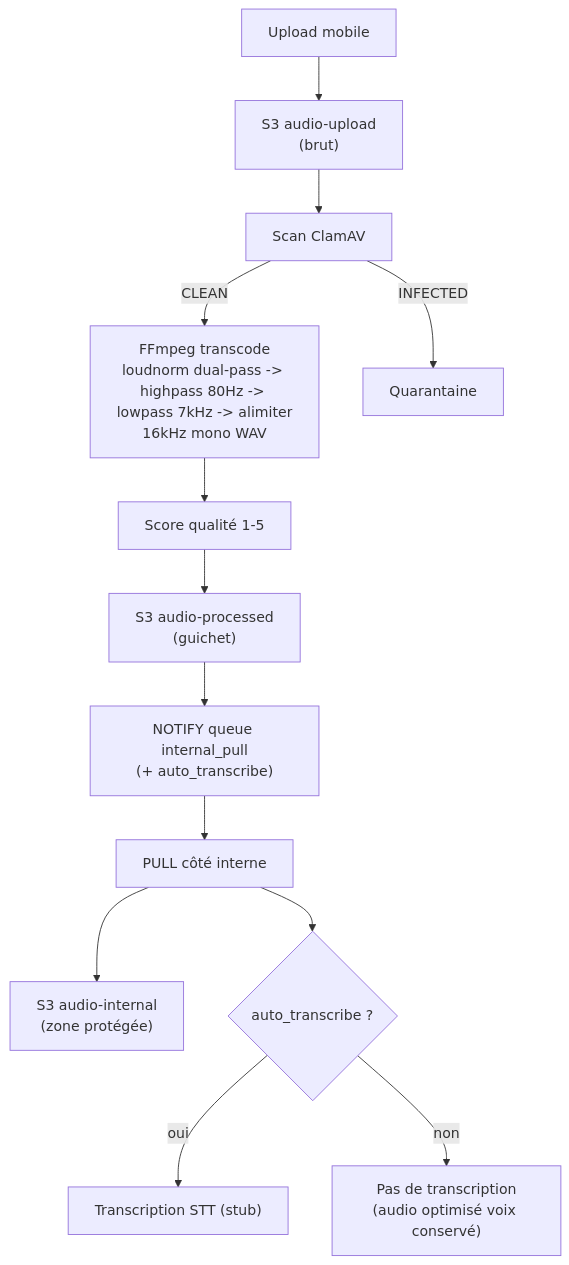
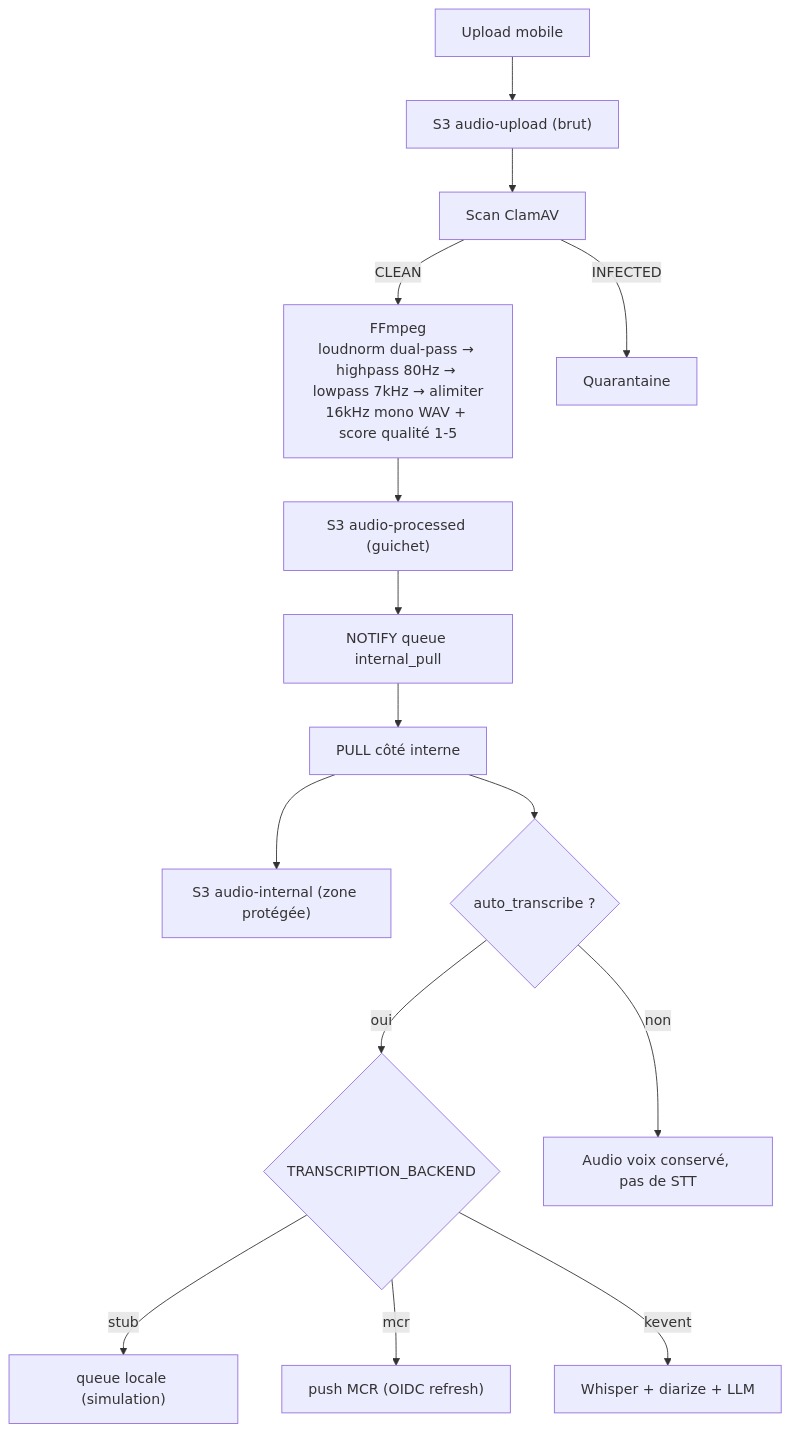
The third of 4 diagrams in README.md (IA-Generative/mirai-mesreunions), drawn with Mermaid before and after one commit. The commit also changed other lines of this file and 4 other files, not shown here.

````diff
--- a/README.md
+++ b/README.md
@@ -531,11 +413,14 @@
 ```mermaid
 flowchart TD
-  U["Upload mobile"] --> S3U["S3 audio-upload<br/>(brut)"] --> AV["Scan ClamAV"]
-  AV -->|CLEAN| TR["FFmpeg transcode<br/>loudnorm dual-pass -> highpass 80Hz -> lowpass 7kHz -> alimiter<br/>16kHz mono WAV"]
+  U["Upload mobile"] --> S3U["S3 audio-upload (brut)"] --> AV["Scan ClamAV"]
+  AV -->|CLEAN| TR["FFmpeg<br/>loudnorm dual-pass → highpass 80Hz → lowpass 7kHz → alimiter<br/>16kHz mono WAV + score qualité 1-5"]
   AV -->|INFECTED| Q["Quarantaine"]
-  TR --> QL["Score qualité 1-5"] --> S3P["S3 audio-processed<br/>(guichet)"]
-  S3P --> N["NOTIFY queue internal_pull<br/>(+ auto_transcribe)"] --> P["PULL côté interne"] --> S3I["S3 audio-internal<br/>(zone protégée)"]
+  TR --> S3P["S3 audio-processed (guichet)"]
+  S3P --> N["NOTIFY queue internal_pull"] --> P["PULL côté interne"] --> S3I["S3 audio-internal (zone protégée)"]
   P --> C{"auto_transcribe ?"}
-  C -->|oui| STT["Transcription STT (stub)"]
-  C -->|non| SKIP["Pas de transcription<br/>(audio optimisé voix conservé)"]
+  C -->|oui| BK{"TRANSCRIPTION_BACKEND"}
+  C -->|non| SKIP["Audio voix conservé, pas de STT"]
+  BK -->|stub| STUB["queue locale (simulation)"]
+  BK -->|mcr| MCR["push MCR (OIDC refresh)"]
+  BK -->|kevent| KEV["Whisper + diarize + LLM"]
 ```
````
